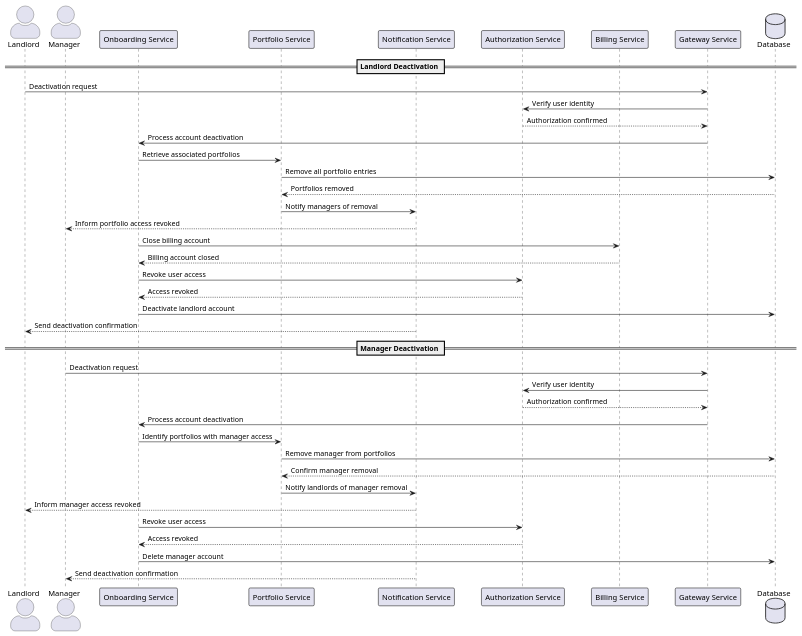
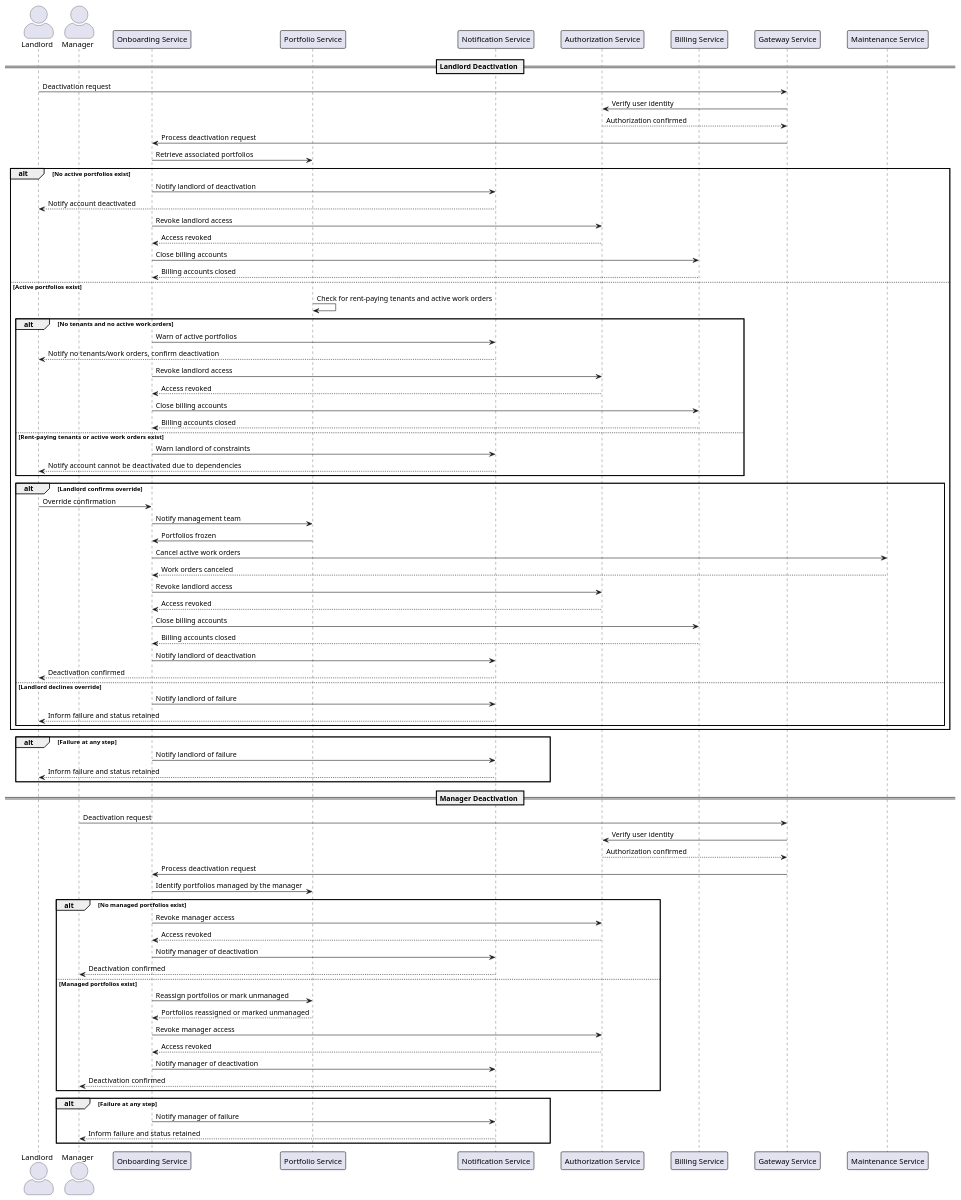
One commit to Vickouma77/spring-boot-demo changed the diagram in security-auth/src/main/resources/design/AccountDeactivationSequence.puml. Above: the diagram before and after it, drawn with PlantUML. The commit also changed 2 other files, not shown here.

Commit message:
docs(design): uml update

```diff
--- a/security-auth/src/main/resources/design/AccountDeactivationSequence.puml
+++ b/security-auth/src/main/resources/design/AccountDeactivationSequence.puml
@@ -1,54 +1,92 @@
 @startuml
 skinparam actorStyle awesome
 skinparam participantPadding 20
 skinparam participantBorderThickness 1
 
 actor Landlord
 actor Manager
 participant "Onboarding Service" as OnboardingService
 participant "Portfolio Service" as PortfolioService
 participant "Notification Service" as NotificationService
 participant "Authorization Service" as AuthorizationService
 participant "Billing Service" as BillingService
 participant "Gateway Service" as GatewayService
-database "Database" as Database
+participant "Maintenance Service" as MaintenanceService
 
 == Landlord Deactivation ==
 Landlord -> GatewayService: Deactivation request
 GatewayService -> AuthorizationService: Verify user identity
 AuthorizationService --> GatewayService: Authorization confirmed
-GatewayService -> OnboardingService: Process account deactivation
+GatewayService -> OnboardingService: Process deactivation request
 
 OnboardingService -> PortfolioService: Retrieve associated portfolios
-PortfolioService -> Database: Remove all portfolio entries
-Database --> PortfolioService: Portfolios removed
-PortfolioService -> NotificationService: Notify managers of removal
-NotificationService --> Manager: Inform portfolio access revoked
+alt No active portfolios exist
+    OnboardingService -> NotificationService: Notify landlord of deactivation
+    NotificationService --> Landlord: Notify account deactivated
+    OnboardingService -> AuthorizationService: Revoke landlord access
+    AuthorizationService --> OnboardingService: Access revoked
+    OnboardingService -> BillingService: Close billing accounts
+    BillingService --> OnboardingService: Billing accounts closed
+else Active portfolios exist
+    PortfolioService -> PortfolioService: Check for rent-paying tenants and active work orders
+    alt No tenants and no active work orders
+        OnboardingService -> NotificationService: Warn of active portfolios
+        NotificationService --> Landlord: Notify no tenants/work orders, confirm deactivation
+        OnboardingService -> AuthorizationService: Revoke landlord access
+        AuthorizationService --> OnboardingService: Access revoked
+        OnboardingService -> BillingService: Close billing accounts
+        BillingService --> OnboardingService: Billing accounts closed
+    else Rent-paying tenants or active work orders exist
+        OnboardingService -> NotificationService: Warn landlord of constraints
+        NotificationService --> Landlord: Notify account cannot be deactivated due to dependencies
+    end
 
-OnboardingService -> BillingService: Close billing account
-BillingService --> OnboardingService: Billing account closed
+    alt Landlord confirms override
+        Landlord -> OnboardingService: Override confirmation
+        OnboardingService -> PortfolioService: Notify management team
+        PortfolioService -> OnboardingService: Portfolios frozen
+        OnboardingService -> MaintenanceService: Cancel active work orders
+        MaintenanceService --> OnboardingService: Work orders canceled
+        OnboardingService -> AuthorizationService: Revoke landlord access
+        AuthorizationService --> OnboardingService: Access revoked
+        OnboardingService -> BillingService: Close billing accounts
+        BillingService --> OnboardingService: Billing accounts closed
+        OnboardingService -> NotificationService: Notify landlord of deactivation
+        NotificationService --> Landlord: Deactivation confirmed
+    else Landlord declines override
+        OnboardingService -> NotificationService: Notify landlord of failure
+        NotificationService --> Landlord: Inform failure and status retained
+    end
+end
 
-OnboardingService -> AuthorizationService: Revoke user access
-AuthorizationService --> OnboardingService: Access revoked
-
-OnboardingService -> Database: Deactivate landlord account
-NotificationService --> Landlord: Send deactivation confirmation
+alt Failure at any step
+    OnboardingService -> NotificationService: Notify landlord of failure
+    NotificationService --> Landlord: Inform failure and status retained
+end
 
 == Manager Deactivation ==
 Manager -> GatewayService: Deactivation request
 GatewayService -> AuthorizationService: Verify user identity
 AuthorizationService --> GatewayService: Authorization confirmed
-GatewayService -> OnboardingService: Process account deactivation
+GatewayService -> OnboardingService: Process deactivation request
 
-OnboardingService -> PortfolioService: Identify portfolios with manager access
-PortfolioService -> Database: Remove manager from portfolios
-Database --> PortfolioService: Confirm manager removal
-PortfolioService -> NotificationService: Notify landlords of manager removal
-NotificationService --> Landlord: Inform manager access revoked
+OnboardingService -> PortfolioService: Identify portfolios managed by the manager
+alt No managed portfolios exist
+    OnboardingService -> AuthorizationService: Revoke manager access
+    AuthorizationService --> OnboardingService: Access revoked
+    OnboardingService -> NotificationService: Notify manager of deactivation
+    NotificationService --> Manager: Deactivation confirmed
+else Managed portfolios exist
+    OnboardingService -> PortfolioService: Reassign portfolios or mark unmanaged
+    PortfolioService --> OnboardingService: Portfolios reassigned or marked unmanaged
+    OnboardingService -> AuthorizationService: Revoke manager access
+    AuthorizationService --> OnboardingService: Access revoked
+    OnboardingService -> NotificationService: Notify manager of deactivation
+    NotificationService --> Manager: Deactivation confirmed
+end
 
-OnboardingService -> AuthorizationService: Revoke user access
-AuthorizationService --> OnboardingService: Access revoked
-
-OnboardingService -> Database: Delete manager account
-NotificationService --> Manager: Send deactivation confirmation
+alt Failure at any step
+    OnboardingService -> NotificationService: Notify manager of failure
+    NotificationService --> Manager: Inform failure and status retained
+end
 @enduml
```
